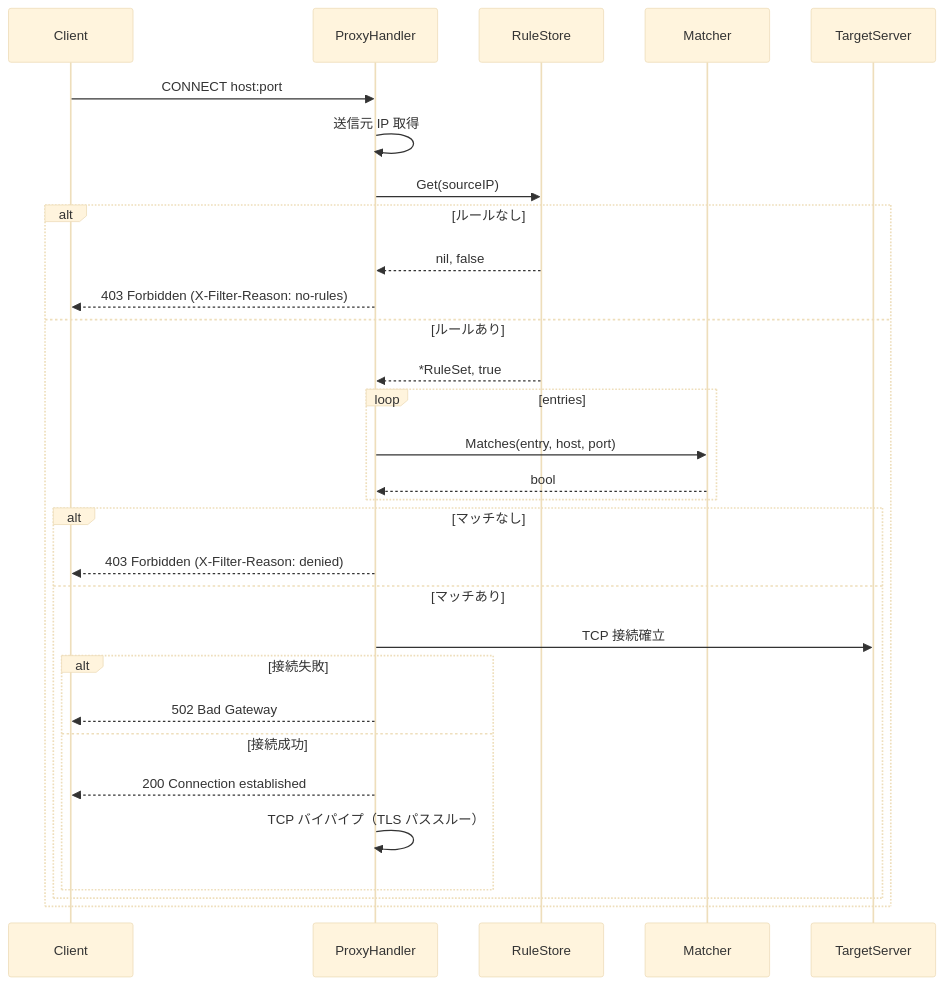
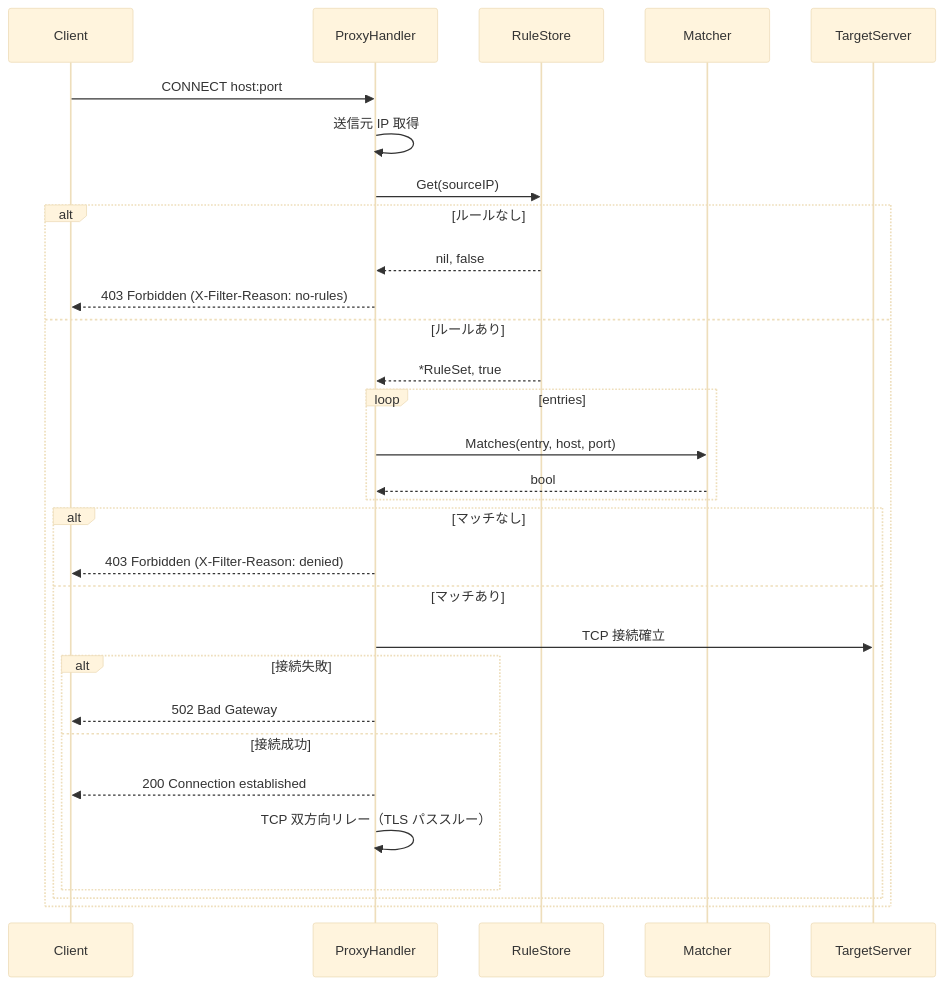
Before and after one commit to windschord/network-filter-proxy: the diagram in docs/sdd/design/components/proxy-handler.md, drawn with Mermaid (base theme). The commit also changed other lines of this file and 10 other files, not shown here.

````diff
--- a/docs/sdd/design/components/proxy-handler.md
+++ b/docs/sdd/design/components/proxy-handler.md
@@ -54,33 +54,33 @@
 ```mermaid
 sequenceDiagram
     participant Client
     participant ProxyHandler
     participant RuleStore
     participant Matcher
     participant TargetServer
 
     Client->>ProxyHandler: CONNECT host:port
     ProxyHandler->>ProxyHandler: 送信元 IP 取得
     ProxyHandler->>RuleStore: Get(sourceIP)
     alt ルールなし
         RuleStore-->>ProxyHandler: nil, false
         ProxyHandler-->>Client: 403 Forbidden (X-Filter-Reason: no-rules)
     else ルールあり
         RuleStore-->>ProxyHandler: *RuleSet, true
         loop entries
             ProxyHandler->>Matcher: Matches(entry, host, port)
             Matcher-->>ProxyHandler: bool
         end
         alt マッチなし
             ProxyHandler-->>Client: 403 Forbidden (X-Filter-Reason: denied)
         else マッチあり
             ProxyHandler->>TargetServer: TCP 接続確立
             alt 接続失敗
                 ProxyHandler-->>Client: 502 Bad Gateway
             else 接続成功
                 ProxyHandler-->>Client: 200 Connection established
-                ProxyHandler->>ProxyHandler: TCP バイパイプ（TLS パススルー）
+                ProxyHandler->>ProxyHandler: TCP 双方向リレー（TLS パススルー）
             end
         end
     end
 ```
````
